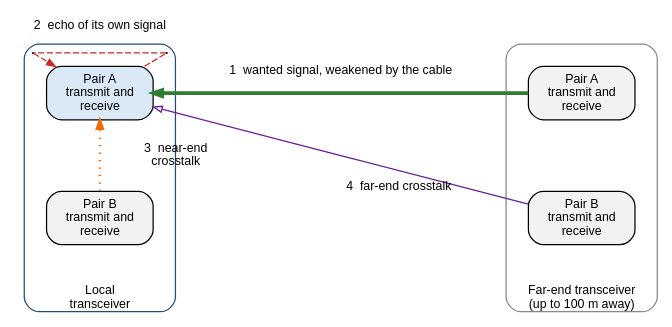
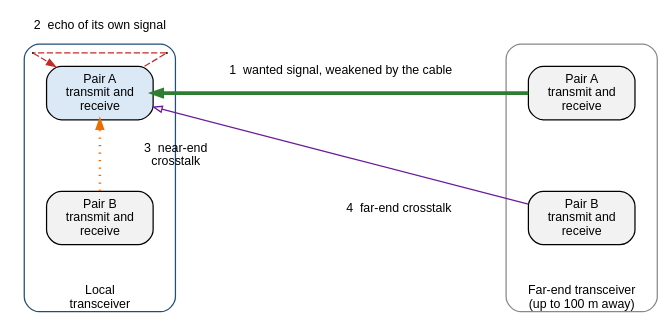
Before and after one commit to mithro/evampire: the diagram in docs/ethernet/phy-electrical/cable-impairments.dot, drawn with Graphviz.

Commit message:
Move the far-end crosstalk label off its own line

```diff
--- a/docs/ethernet/phy-electrical/cable-impairments.dot
+++ b/docs/ethernet/phy-electrical/cable-impairments.dot
@@ -1,49 +1,49 @@
 // What arrives at the receiver of pair A in 1000BASE-T. Only pairs A and B
 // are drawn; pairs C and D add the same kinds of coupling. Each kind of
 // signal has its own line style and a text label, so the figure does not
 // rely on colour.
 //
 // SPDX-License-Identifier: Apache-2.0
 
 digraph impairments {
     graph [layout=neato, splines=false, overlap=true, fontname="Helvetica",
            size="7.4,3.2"];
     node  [shape=box, style="rounded,filled", fillcolor="#f2f2f2",
            fontname="Helvetica", fontsize=10, width=1.2, height=0.6,
            fixedsize=true];
     edge  [fontname="Helvetica", fontsize=10, arrowsize=0.7];
 
     // Outlines of the two transceivers.
     g_loc [pos="1.0,1.55!", width=1.7, height=3.0, label="Local\ntransceiver",
            labelloc=b, style="rounded", color="#1f4e79", fillcolor="none"];
     g_far [pos="6.4,1.55!", width=1.7, height=3.0,
            label="Far-end transceiver\n(up to 100 m away)", labelloc=b,
            style="rounded", color="#888888", fillcolor="none"];
 
     la [pos="1.0,2.5!", label="Pair A\ntransmit and\nreceive", fillcolor="#dbe8f5"];
     lb [pos="1.0,1.1!", label="Pair B\ntransmit and\nreceive"];
     fa [pos="6.4,2.5!", label="Pair A\ntransmit and\nreceive"];
     fb [pos="6.4,1.1!", label="Pair B\ntransmit and\nreceive"];
 
     // Text labels placed beside the lines they name.
     l_want [pos="3.7,2.75!", shape=plaintext, style="", width=2.6, height=0.25,
             label="1  wanted signal, weakened by the cable"];
     l_echo [pos="1.0,3.25!", shape=plaintext, style="", width=1.9, height=0.25,
             label="2  echo of its own signal"];
     l_next [pos="1.85,1.8!", shape=plaintext, style="", width=1.2, height=0.4,
             label="3  near-end\ncrosstalk"];
-    l_fext [pos="4.35,1.45!", shape=plaintext, style="", width=1.5, height=0.25,
+    l_fext [pos="4.35,1.2!", shape=plaintext, style="", width=1.5, height=0.25,
             label="4  far-end crosstalk"];
 
     // Corner points for the echo loop.
     node [shape=point, width=0.01, height=0.01, label=""];
     e1 [pos="1.75,2.95!"];
     e2 [pos="0.25,2.95!"];
 
     fa -> la [penwidth=3, color="#2e7d32"];
     la -> e1 [style=dashed, color="#c62828", arrowhead=none];
     e1 -> e2 [style=dashed, color="#c62828", arrowhead=none];
     e2 -> la [style=dashed, color="#c62828"];
     lb -> la [style=dotted, penwidth=2, color="#ef6c00"];
     fb -> la [style=solid, penwidth=1, color="#6a1b9a", arrowhead=empty];
 }
```
